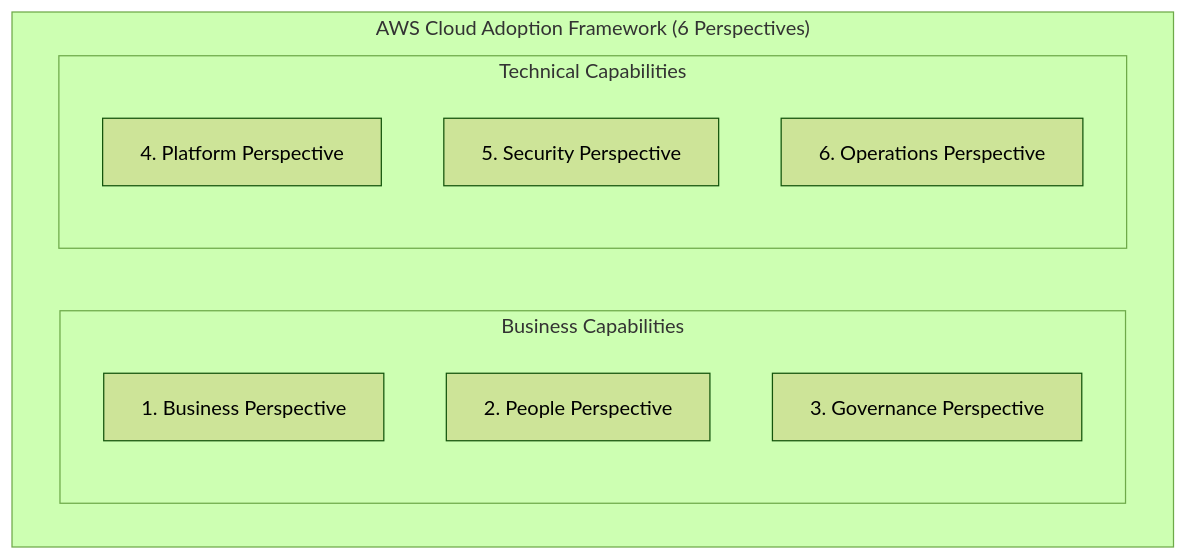
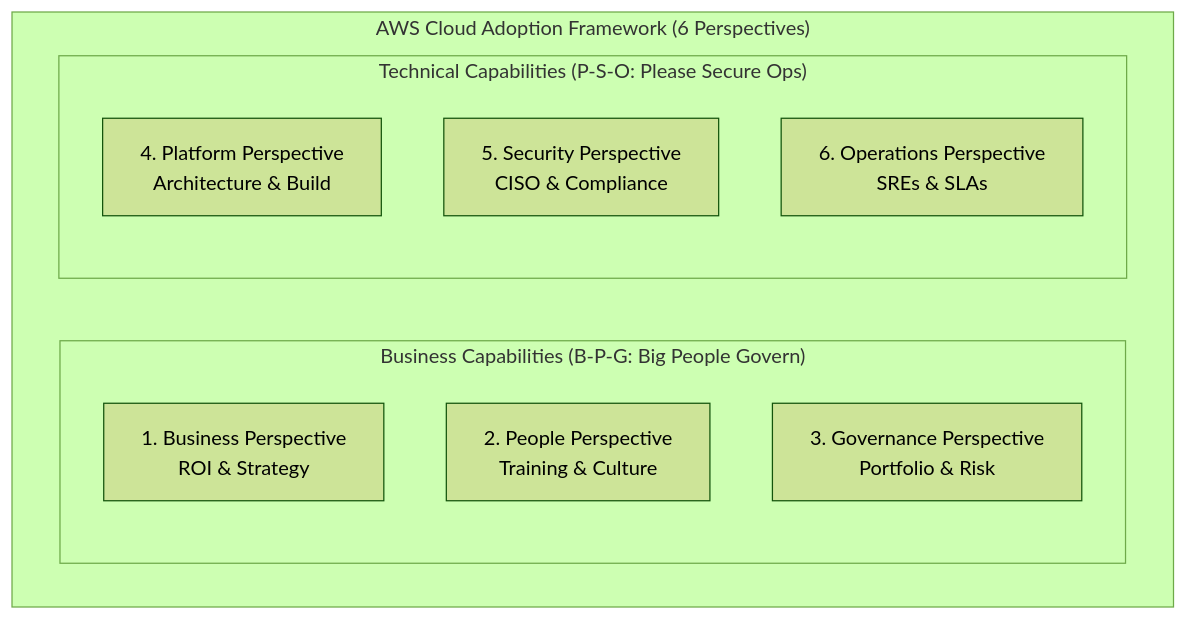
Before and after one commit to fakhruldeen/AWS: the first of 4 diagrams in Cloud/Practitioner/CLF-C02/09_Notes_and_Cheatsheets/concepts/Cloud_Adoption_Framework_CAF.md, drawn with Mermaid (forest theme). The commit also changed other lines of this file and 2 other files, not shown here.

````diff
--- a/Cloud/Practitioner/CLF-C02/09_Notes_and_Cheatsheets/concepts/Cloud_Adoption_Framework_CAF.md
+++ b/Cloud/Practitioner/CLF-C02/09_Notes_and_Cheatsheets/concepts/Cloud_Adoption_Framework_CAF.md
@@ -15,16 +42,16 @@
 ```mermaid
 graph TD
     subgraph CAF ["AWS Cloud Adoption Framework (6 Perspectives)"]
-        subgraph BusinessFocus ["Business Capabilities"]
-            B1["1. Business Perspective"]
-            B2["2. People Perspective"]
-            B3["3. Governance Perspective"]
+        subgraph BusinessFocus ["Business Capabilities (B-P-G: Big People Govern)"]
+            B1["1. Business Perspective<br/>ROI & Strategy"]
+            B2["2. People Perspective<br/>Training & Culture"]
+            B3["3. Governance Perspective<br/>Portfolio & Risk"]
         end
         
-        subgraph TechnicalFocus ["Technical Capabilities"]
-            T1["4. Platform Perspective"]
-            T2["5. Security Perspective"]
-            T3["6. Operations Perspective"]
+        subgraph TechnicalFocus ["Technical Capabilities (P-S-O: Please Secure Ops)"]
+            T1["4. Platform Perspective<br/>Architecture & Build"]
+            T2["5. Security Perspective<br/>CISO & Compliance"]
+            T3["6. Operations Perspective<br/>SREs & SLAs"]
         end
     end
 ```
````
